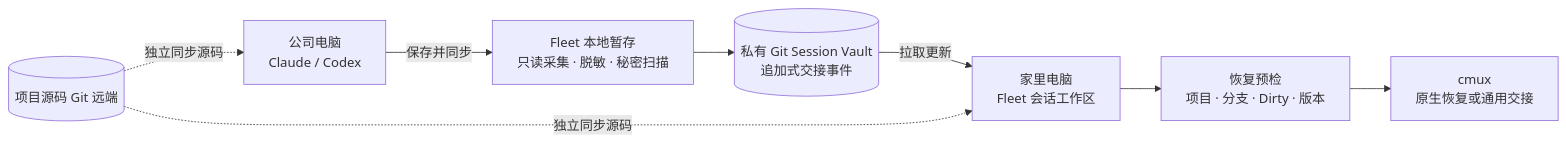
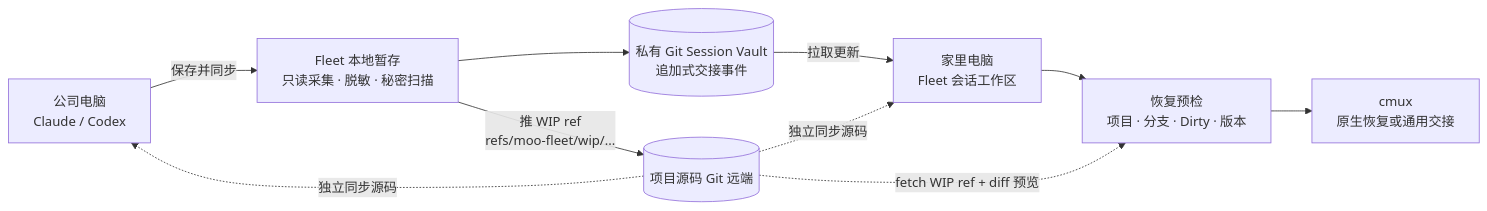
The diagram in docs/AI-SESSION-SYNC.md (charsen/moo-git-fleet), drawn with Mermaid before and after one commit. The commit also changed other lines of this file, not shown here.

````diff
--- a/docs/AI-SESSION-SYNC.md
+++ b/docs/AI-SESSION-SYNC.md
@@ -122,10 +140,12 @@
 ```mermaid
 flowchart LR
     A[公司电脑<br/>Claude / Codex] -->|保存并同步| B[Fleet 本地暂存<br/>只读采集 · 脱敏 · 秘密扫描]
     B --> C[(私有 Git Session Vault<br/>追加式交接事件)]
     C -->|拉取更新| D[家里电脑<br/>Fleet 会话工作区]
     D --> E[恢复预检<br/>项目 · 分支 · Dirty · 版本]
     E --> F[cmux<br/>原生恢复或通用交接]
     G[(项目源码 Git 远端)] -.独立同步源码.-> A
     G -.独立同步源码.-> D
+    B -->|推 WIP ref<br/>refs/moo-fleet/wip/...| G
+    G -.fetch WIP ref + diff 预览.-> E
 ```
````
